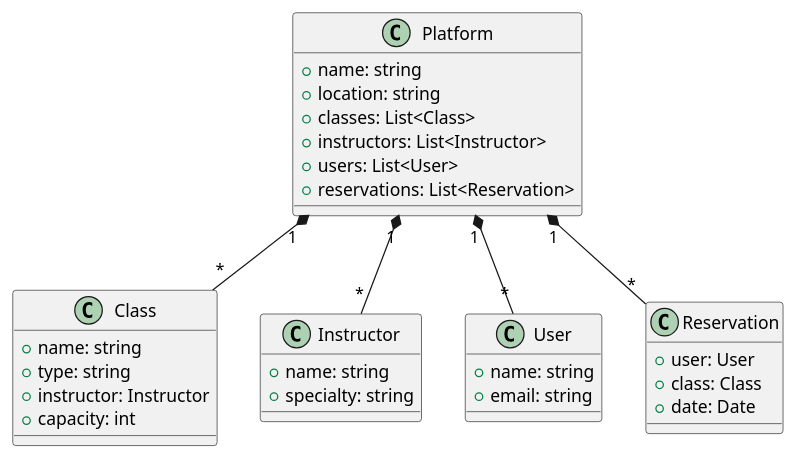
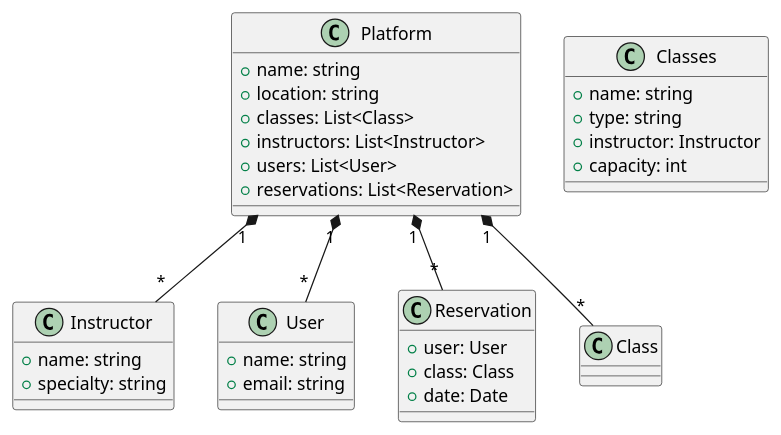
Before and after one commit to joaquinpiastre/Power-App: the diagram in doc/clases.puml, drawn with PlantUML. The commit also changed 7 other files, not shown here.

```diff
--- a/doc/clases.puml
+++ b/doc/clases.puml
@@ -1,40 +1,40 @@
 @startuml PowerAPP class
 
 class Platform {
   +name: string
   +location: string
   +classes: List<Class>
   +instructors: List<Instructor>
   +users: List<User>
   +reservations: List<Reservation>
 }
 
-class Class {
+class Classes {
   +name: string
   +type: string
   +instructor: Instructor
   +capacity: int
 }
 
 class Instructor {
   +name: string
   +specialty: string
 }
 
 class User {
   +name: string
   +email: string
 }
 
 class Reservation {
   +user: User
   +class: Class
   +date: Date
 }
 
 Platform "1" *-- "*" Class
 Platform "1" *-- "*" Instructor
 Platform "1" *-- "*" User
 Platform "1" *-- "*" Reservation
 
 @enduml
```
